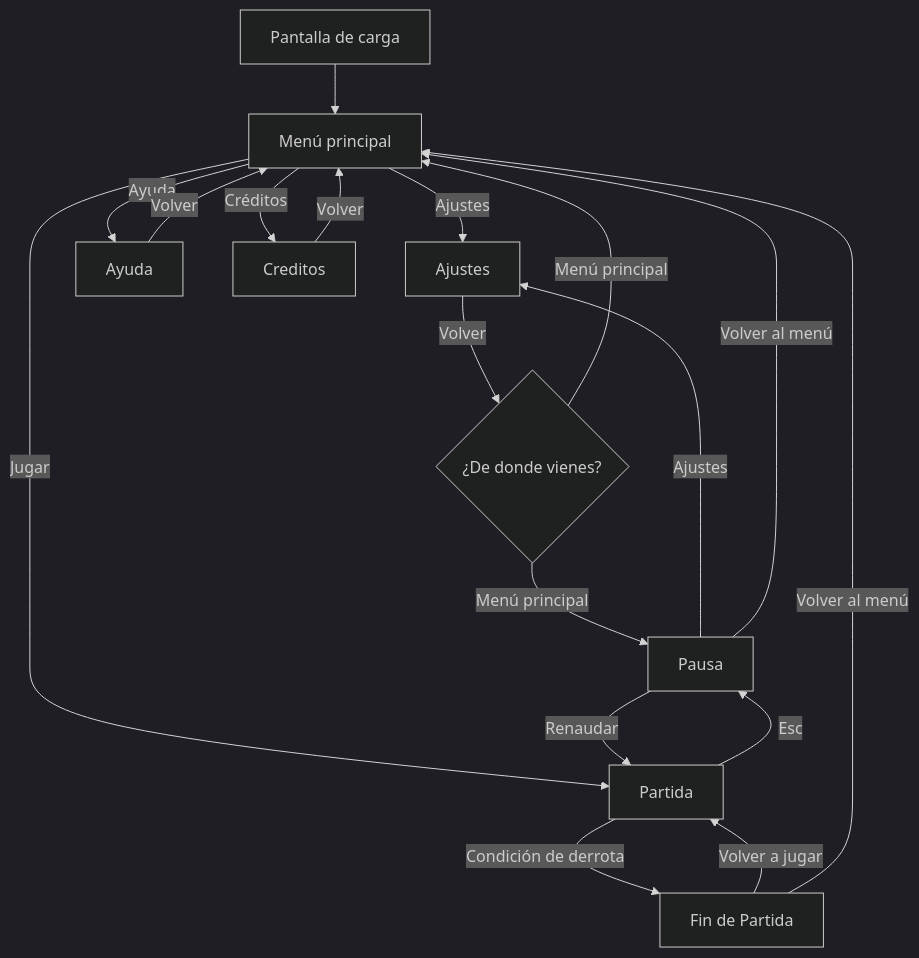
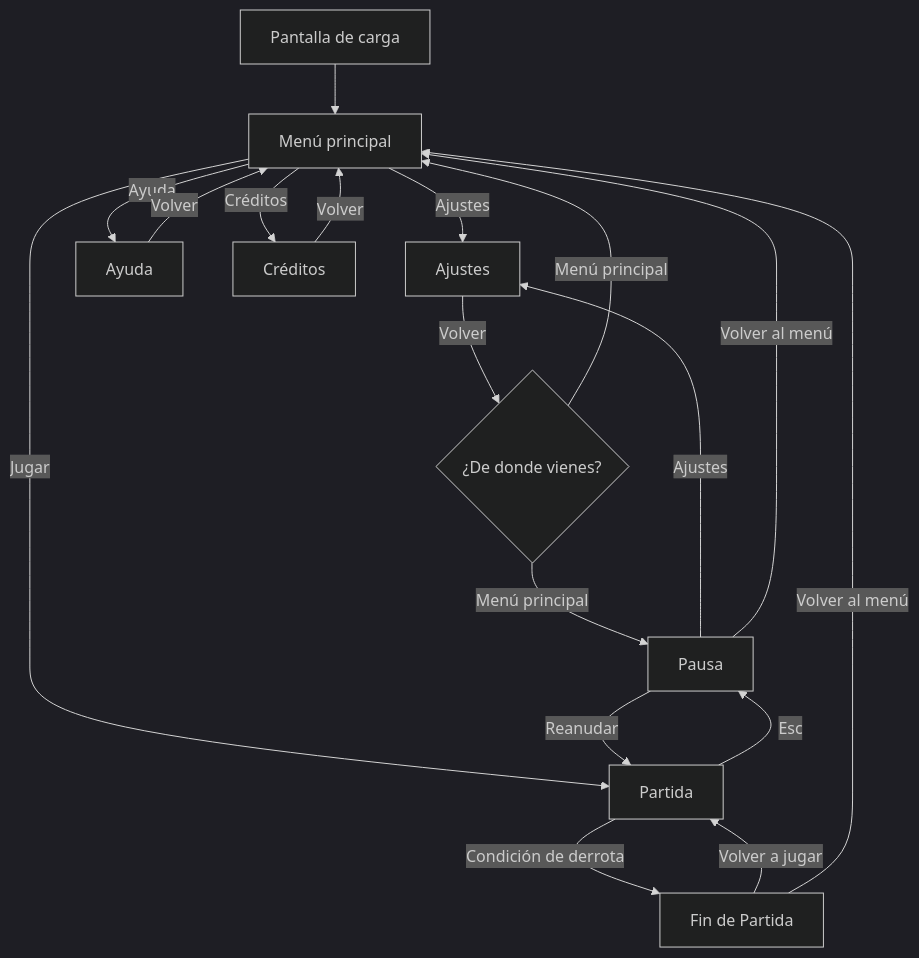
One commit to MRTN0624/Neon-Racer changed the diagram in GDD.md. Above: the diagram before and after it, drawn with Mermaid (dark theme).

````diff
--- a/GDD.md
+++ b/GDD.md
@@ -228,20 +228,20 @@
 ```mermaid
 flowchart TD
     A[Pantalla de carga] --> B[Menú principal]
     B --> |Ajustes| D[Ajustes]
     B --> |Ayuda| J[Ayuda]
     J --> |Volver| B
-    B --> |Créditos| E[Creditos]
+    B --> |Créditos| E[Créditos]
     E --> |Volver| B
     D --> |Volver| L{¿De donde vienes?}
     B --> |Jugar| F[Partida]
     F --> |Esc| K[Pausa]
-    K --> |Renaudar| F
+    K --> |Reanudar| F
     K --> |Ajustes| D
     K --> |Volver al menú| B
     L --> |Menú principal| B
     L --> |Menú principal| K
     F --> |Condición de derrota| G[Fin de Partida]
     G --> |Volver a jugar| F
     G --> |Volver al menú| B
 ```
````
